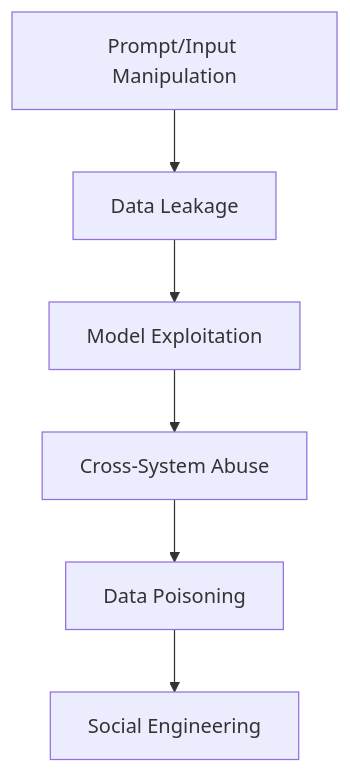
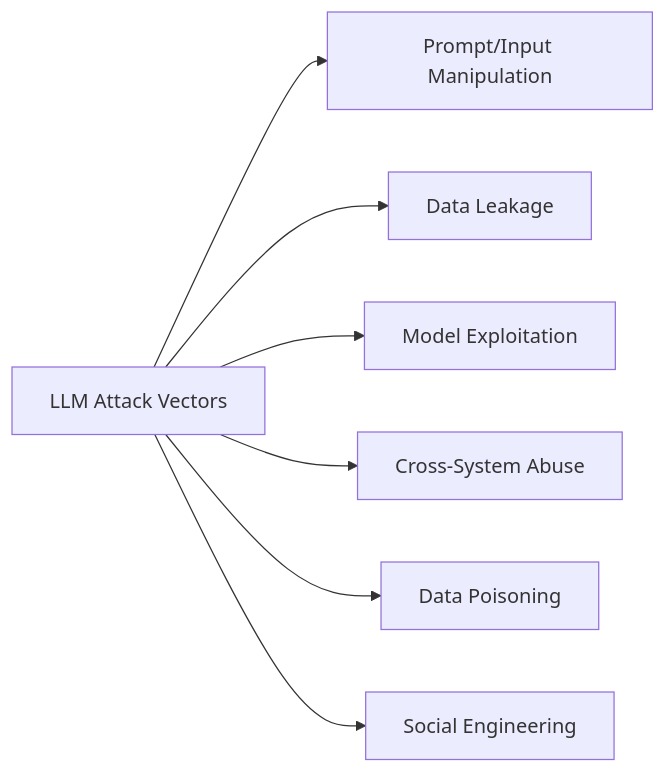
Before and after one commit to LifeTimeScriptKiddie/OpenNotes: the diagram in 3. LLM/3.4 Attack LLM/3.4.3. LLM Questioning Playbook.md, drawn with Mermaid. The commit also changed 2 other files, not shown here.

````diff
--- a/3. LLM/3.4 Attack LLM/3.4.3. LLM Questioning Playbook.md
+++ b/3. LLM/3.4 Attack LLM/3.4.3. LLM Questioning Playbook.md
@@ -3,8 +3,9 @@
 ```mermaid
-flowchart TD
-  P[Prompt/Input Manipulation] --> D[Data Leakage]
-  D --> M[Model Exploitation]
-  M --> C[Cross-System Abuse]
-  C --> X[Data Poisoning]
-  X --> S[Social Engineering]
+flowchart LR
+  A[LLM Attack Vectors] --> P[Prompt/Input Manipulation]
+  A --> D[Data Leakage]
+  A --> M[Model Exploitation]
+  A --> C[Cross-System Abuse]
+  A --> X[Data Poisoning]
+  A --> S[Social Engineering]
 ```
````
